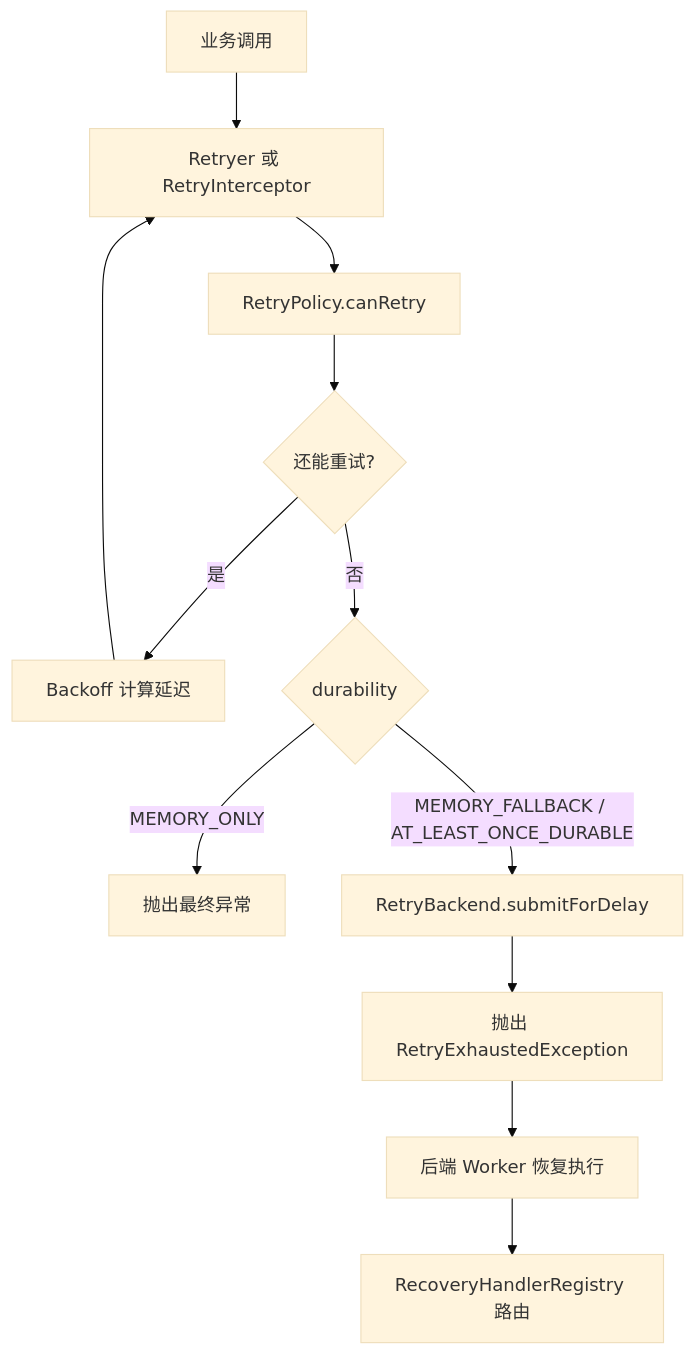
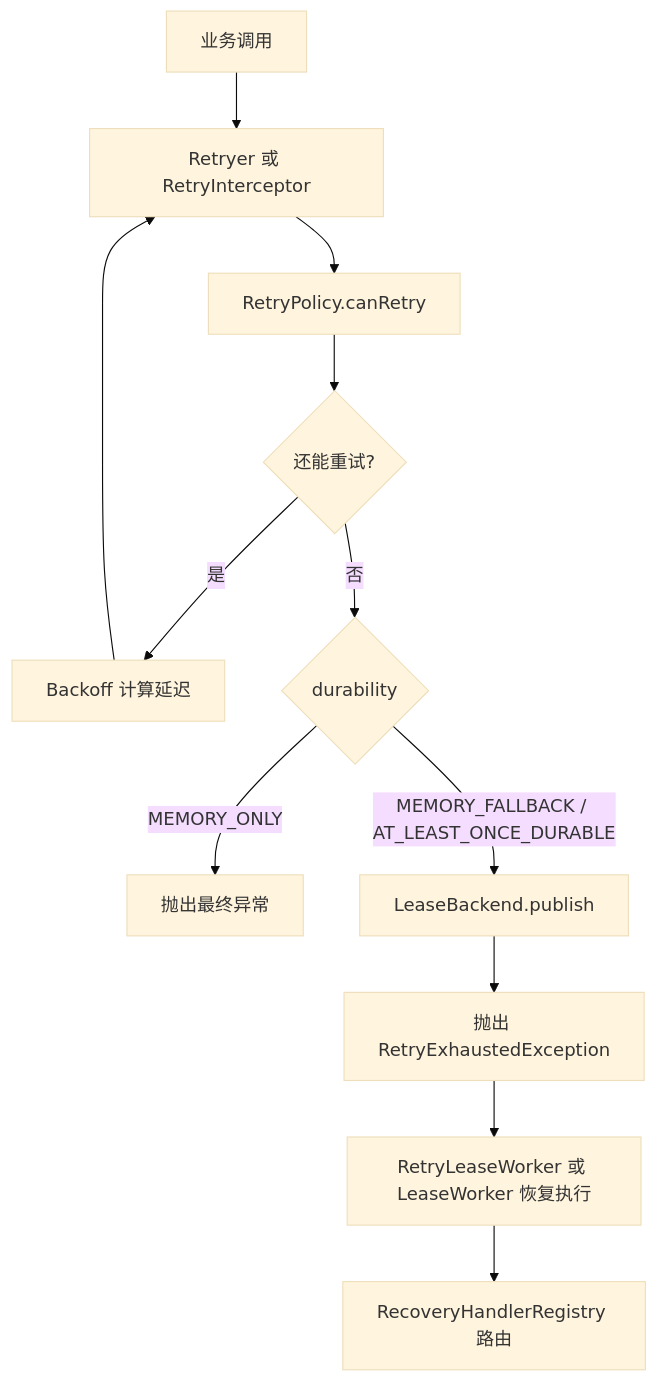
Before and after one commit to team4u/team4u-framework: the diagram in team4u-retry/README.md, drawn with Mermaid (base theme). The commit also changed other lines of this file and 47 other files, not shown here.

First line of the commit message:
refactor(retry): 重构重试框架从 Queue 模型迁移到 Lease 模型

````diff
--- a/team4u-retry/README.md
+++ b/team4u-retry/README.md
@@ -997,14 +986,14 @@
 ```mermaid
 graph TD
     A[业务调用] --> B[Retryer 或 RetryInterceptor]
     B --> C[RetryPolicy.canRetry]
     C --> D{还能重试?}
     D -->|是| E[Backoff 计算延迟]
     E --> B
     D -->|否| F{durability}
     F -->|MEMORY_ONLY| G[抛出最终异常]
-    F -->|MEMORY_FALLBACK / AT_LEAST_ONCE_DURABLE| H[RetryBackend.submitForDelay]
+    F -->|MEMORY_FALLBACK / AT_LEAST_ONCE_DURABLE| H[LeaseBackend.publish]
     H --> I[抛出 RetryExhaustedException]
-    I --> J[后端 Worker 恢复执行]
+    I --> J[RetryLeaseWorker 或 LeaseWorker 恢复执行]
     J --> K[RecoveryHandlerRegistry 路由]
 ```
````
